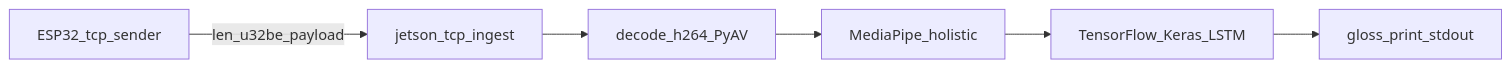
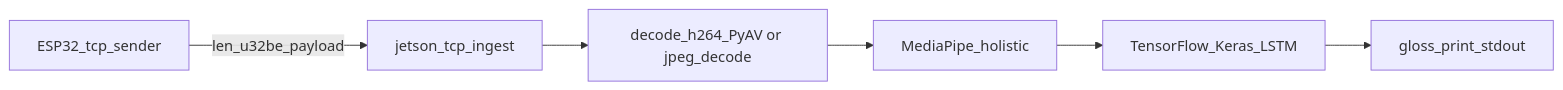
One commit to SJSU-CMPE-195/group-project-team-narm changed the diagram in jetson-code/README.md. Above: the diagram before and after it, drawn with Mermaid. The commit also changed other lines of this file and 6 other files, not shown here.

````diff
--- a/jetson-code/README.md
+++ b/jetson-code/README.md
@@ -18,8 +25,8 @@
 ```mermaid
 flowchart LR
   esp32[ESP32_tcp_sender] -->|len_u32be_payload| jetsonTcp[jetson_tcp_ingest]
-  jetsonTcp --> decode[decode_h264_PyAV]
+  jetsonTcp --> decode[decode_h264_PyAV or jpeg_decode]
   decode --> mp[MediaPipe_holistic]
   mp --> lstm[TensorFlow_Keras_LSTM]
   lstm --> stdout[gloss_print_stdout]
 ```
````
